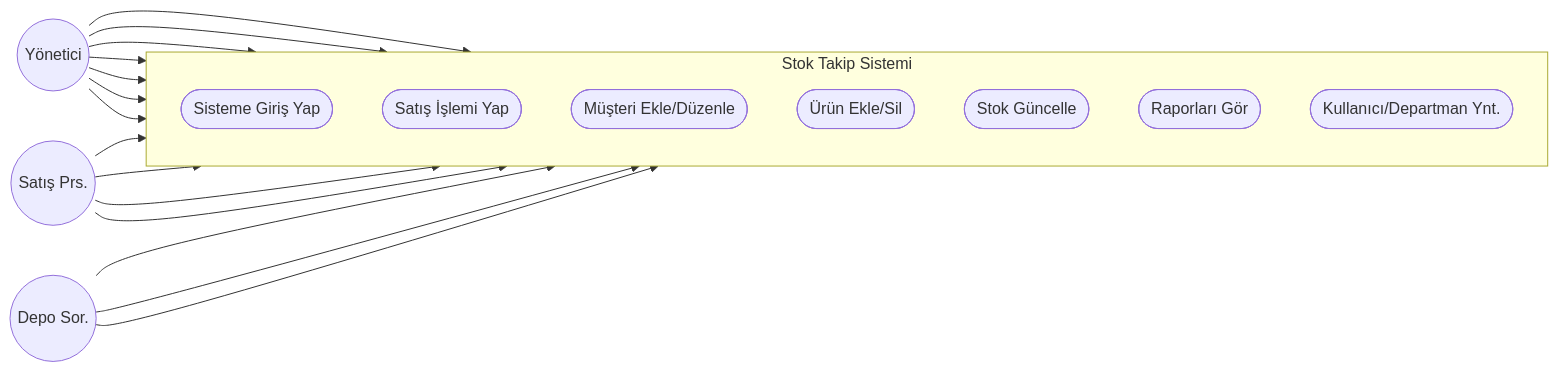
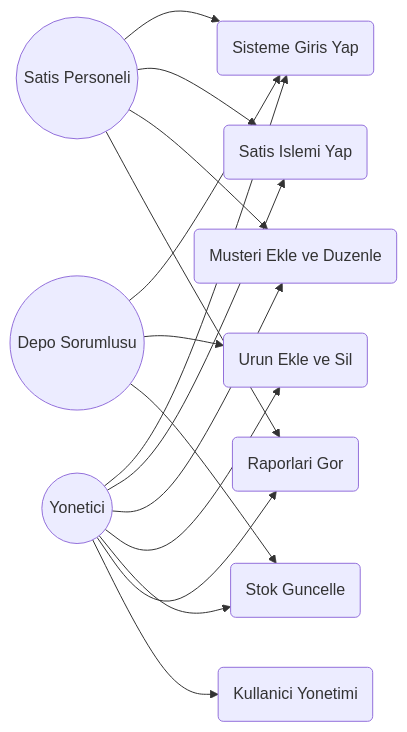
The second of 3 diagrams in README.md (Akif-6/Stok-Takip-Projesi), drawn with Mermaid before and after one commit. The commit also changed other lines of this file, not shown here.

````diff
--- a/README.md
+++ b/README.md
@@ -143,37 +124,34 @@
 ```mermaid
 graph LR
-    %% Aktörler (Yuvarlak Başlıklar)
-    Admin((Yönetici))
-    Satis((Satış Prs.))
-    Depo((Depo Sor.))
+    %% Aktorler
+    Admin((Yonetici))
+    Satis((Satis Personeli))
+    Depo((Depo Sorumlusu))
 
-    %% Sistem Kapsamı
-    subgraph "Stok Takip Sistemi"
-        direction TB
-        UC1([Sisteme Giriş Yap])
-        UC2([Satış İşlemi Yap])
-        UC3([Müşteri Ekle/Düzenle])
-        UC4([Ürün Ekle/Sil])
-        UC5([Stok Güncelle])
-        UC6([Raporları Gör])
-        UC7([Kullanıcı/Departman Ynt.])
-    end
+    %% Islemler
+    UC1(Sisteme Giris Yap)
+    UC2(Satis Islemi Yap)
+    UC3(Musteri Ekle ve Duzenle)
+    UC4(Urun Ekle ve Sil)
+    UC5(Stok Guncelle)
+    UC6(Raporlari Gor)
+    UC7(Kullanici Yonetimi)
 
-    %% İlişkiler
+    %% Iliskiler
     Admin --> UC1
     Admin --> UC2
     Admin --> UC3
     Admin --> UC4
     Admin --> UC5
     Admin --> UC6
     Admin --> UC7
 
     Satis --> UC1
     Satis --> UC2
     Satis --> UC3
     Satis --> UC6
 
     Depo --> UC1
     Depo --> UC4
     Depo --> UC5
 ```
````
